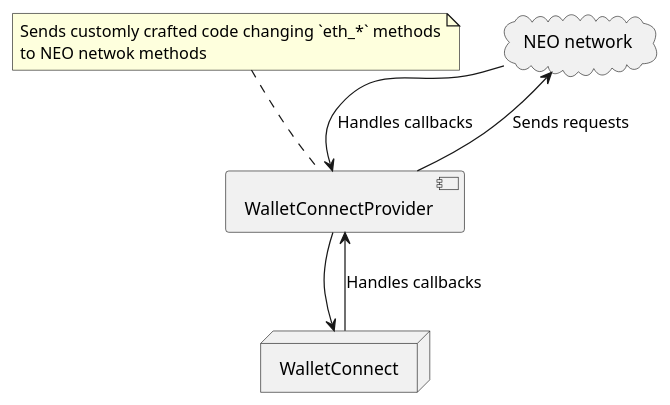
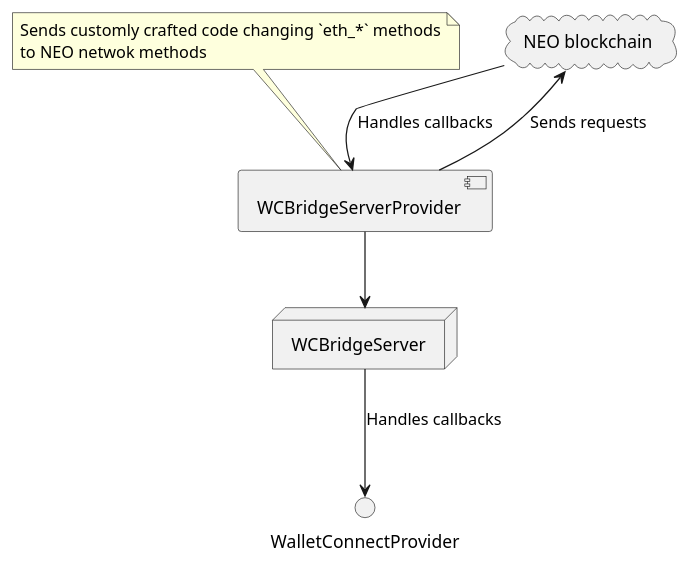
One commit to aahutsal/neo-walletconnect changed the first of 3 diagrams in README.org. Above: the diagram before and after it, drawn with PlantUML. The commit also changed other lines of this file and 3 other files, not shown here.

Commit message:
Documentation extended. Added more diagrams

```diff
--- a/README.org
+++ b/README.org
@@ -14,20 +12,20 @@
 #+begin_src plantuml :file docs/research_infra.png :exports results
 together {
-         cloud "NEO network" as NEONetwork {
+         cloud "NEO blockchain" as NEOBlockchain {
 
          }
 
-         node "WalletConnect" as WalletConnect {
+         node "WCBridgeServer" as WCBridgeServer {
 
          }
 
-         [WalletConnectProvider] as WalletConnectProvider
+         [WCBridgeServerProvider] as WCBridgeServerProvider
  
-         WalletConnectProvider --> NEONetwork: Sends requests
-         NEONetwork --> WalletConnectProvider: Handles callbacks
-         WalletConnectProvider --> WalletConnect
-         WalletConnect --> WalletConnectProvider: Handles callbacks
+         WCBridgeServerProvider --> NEOBlockchain: Sends requests
+         NEOBlockchain --> WCBridgeServerProvider: Handles callbacks
+         WCBridgeServerProvider --> WCBridgeServer
+         WCBridgeServer --> WalletConnectProvider: Handles callbacks
 
-         note top of (WalletConnectProvider): Sends customly crafted code changing `eth_*` methods\nto NEO netwok methods
+         note top of (WCBridgeServerProvider): Sends customly crafted code changing `eth_*` methods\nto NEO netwok methods
 }
 #+end_src
```
